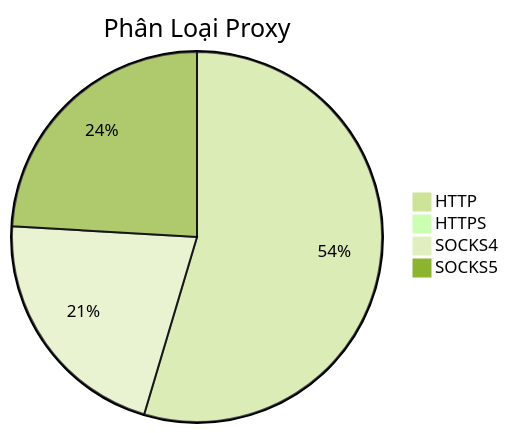
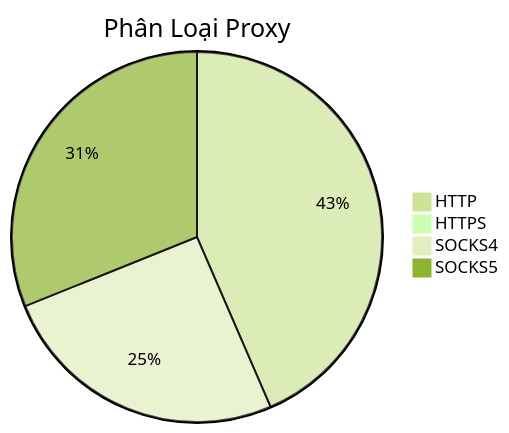
One commit to Ciara-12/PROXY-free changed the diagram in README.md. Above: the diagram before and after it, drawn with Mermaid (forest theme). The commit also changed other lines of this file and 4 other files, not shown here.

````diff
--- a/README.md
+++ b/README.md
@@ -26,7 +26,7 @@
 ```mermaid
 pie title Phân Loại Proxy
-    "HTTP" : 871
-    "HTTPS" : 4
-    "SOCKS4" : 340
-    "SOCKS5" : 384
+    "HTTP" : 575
+    "HTTPS" : 5
+    "SOCKS4" : 336
+    "SOCKS5" : 411
 ```
````
